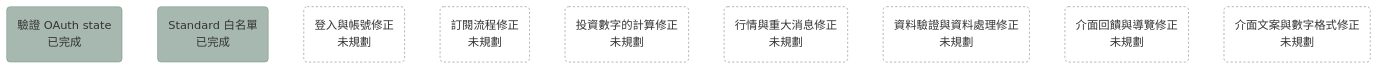
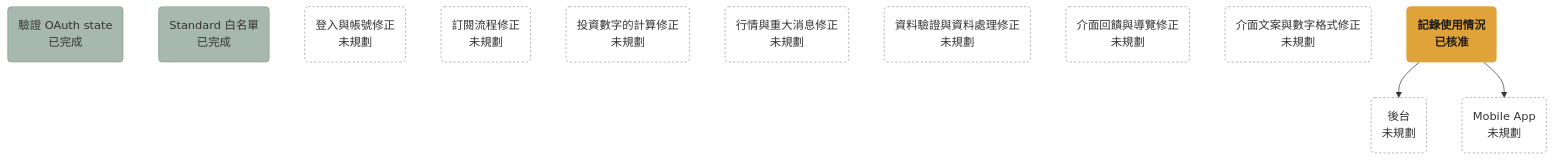
The diagram in docs/plans/roadmap.md (bingyangchen/taigu), drawn with Mermaid before and after one commit. The commit also changed other lines of this file and 8 other files, not shown here.

````diff
--- a/docs/plans/roadmap.md
+++ b/docs/plans/roadmap.md
@@ -7,15 +7,20 @@
 ```mermaid
 flowchart TD
   oauth_state_check("驗證 OAuth state<br/>已完成"):::done
   standard_whitelist("Standard 白名單<br/>已完成"):::done
   login_account_fixes("登入與帳號修正<br/>未規劃"):::unplanned
   billing_fixes("訂閱流程修正<br/>未規劃"):::unplanned
   calculation_fixes("投資數字的計算修正<br/>未規劃"):::unplanned
   market_data_fixes("行情與重大消息修正<br/>未規劃"):::unplanned
   data_fixes("資料驗證與資料處理修正<br/>未規劃"):::unplanned
   ui_feedback_fixes("介面回饋與導覽修正<br/>未規劃"):::unplanned
   copy_fixes("介面文案與數字格式修正<br/>未規劃"):::unplanned
+  usage_recording("記錄使用情況<br/>已核准"):::approved
+  admin_console("後台<br/>未規劃"):::unplanned
+  mobile_app("Mobile App<br/>未規劃"):::unplanned
+  usage_recording --> admin_console
+  usage_recording --> mobile_app
   classDef done fill:#4f726280,stroke:#4f726280
   classDef approved fill:#e0a33a,stroke:#e0a33a,color:#1f1a12,font-weight:bold
   classDef unplanned fill:none,stroke:#9a978f,stroke-dasharray:3 3
 ```
````
